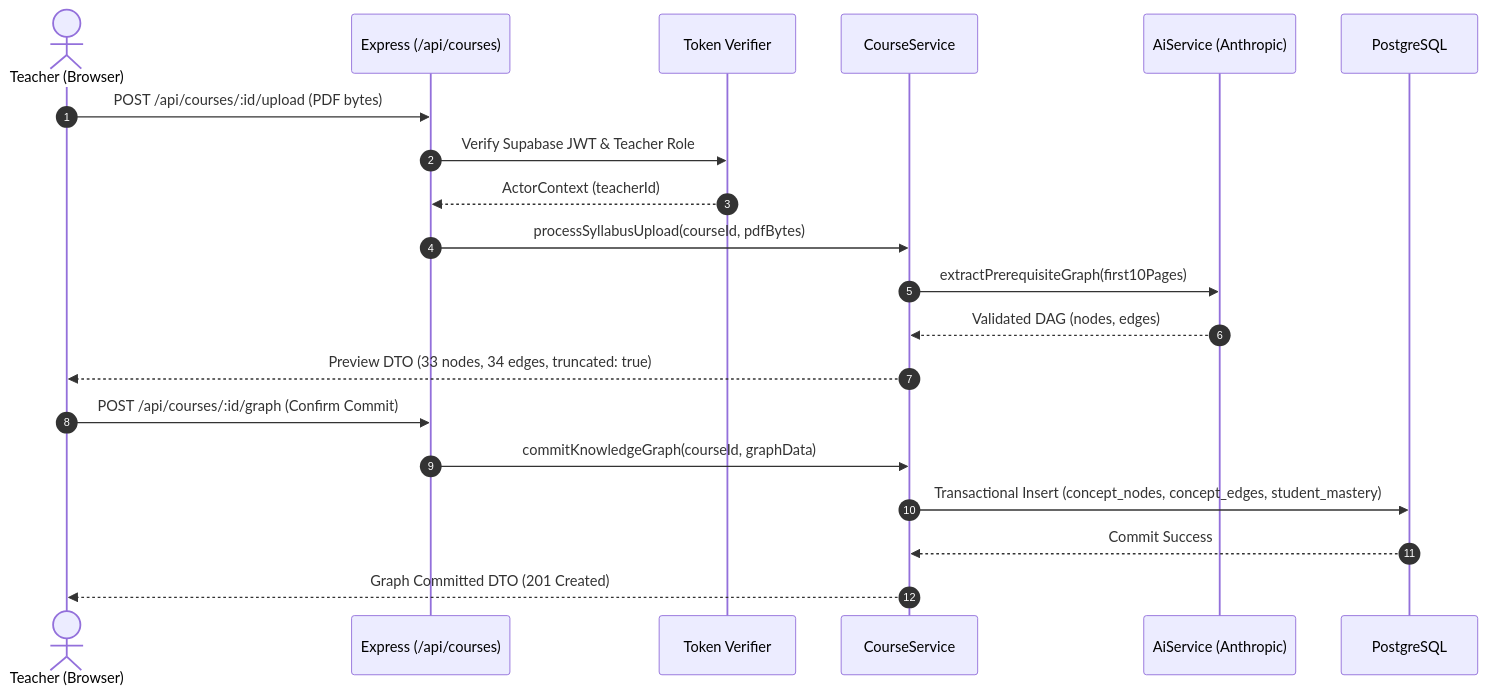
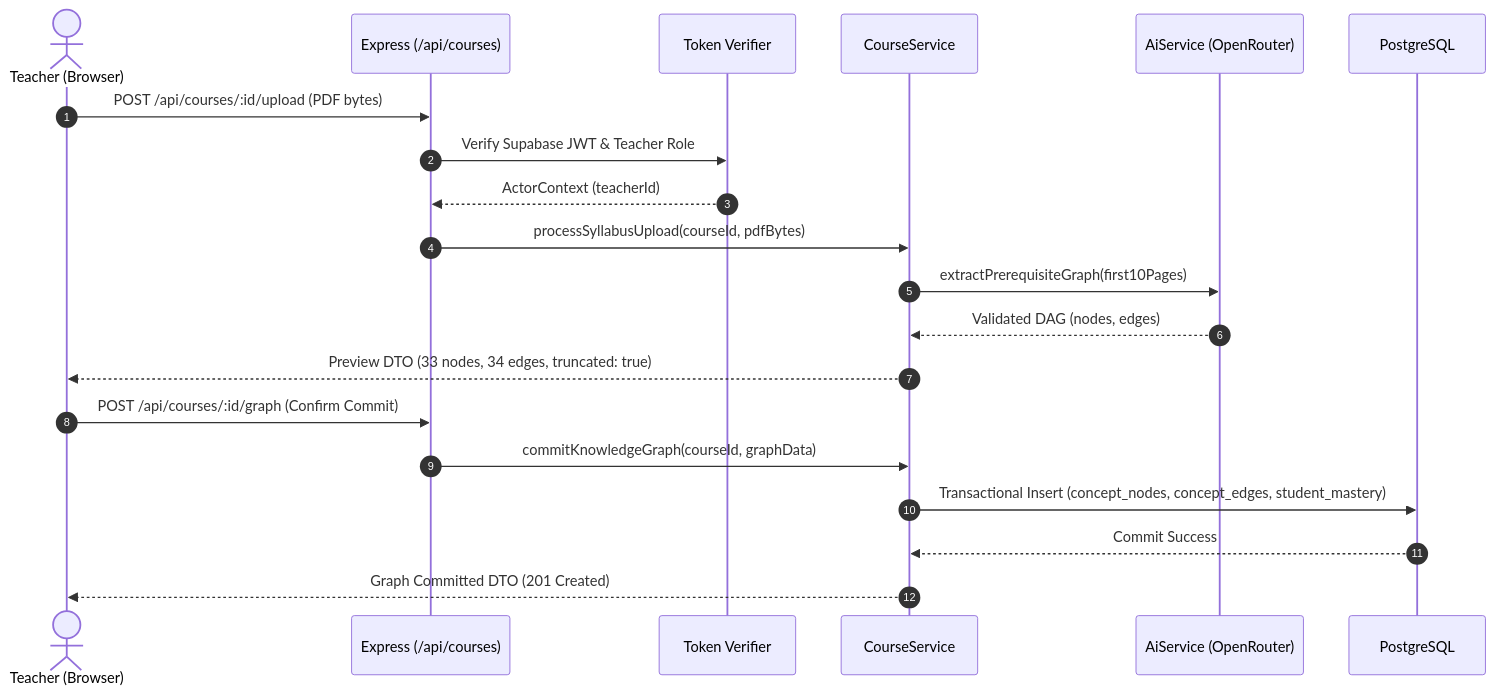
The first of 5 diagrams in docs/02-architecture.md (Harikeshav-R/Spark), drawn with Mermaid before and after one commit. The commit also changed other lines of this file and 21 other files, not shown here.

````diff
--- a/docs/02-architecture.md
+++ b/docs/02-architecture.md
@@ -131,24 +130,24 @@
 ```mermaid
 sequenceDiagram
     autonumber
     actor Teacher as Teacher (Browser)
     participant Express as Express (/api/courses)
     participant Auth as Token Verifier
     participant Core as CourseService
-    participant AI as AiService (Anthropic)
+    participant AI as AiService (OpenRouter)
     participant DB as PostgreSQL
 
     Teacher->>Express: POST /api/courses/:id/upload (PDF bytes)
     Express->>Auth: Verify Supabase JWT & Teacher Role
     Auth-->>Express: ActorContext (teacherId)
     Express->>Core: processSyllabusUpload(courseId, pdfBytes)
     Core->>AI: extractPrerequisiteGraph(first10Pages)
     AI-->>Core: Validated DAG (nodes, edges)
     Core-->>Teacher: Preview DTO (33 nodes, 34 edges, truncated: true)
     
     Teacher->>Express: POST /api/courses/:id/graph (Confirm Commit)
     Express->>Core: commitKnowledgeGraph(courseId, graphData)
     Core->>DB: Transactional Insert (concept_nodes, concept_edges, student_mastery)
     DB-->>Core: Commit Success
     Core-->>Teacher: Graph Committed DTO (201 Created)
 ```
````
